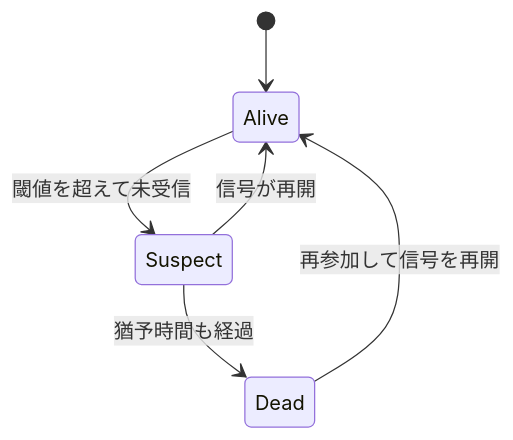
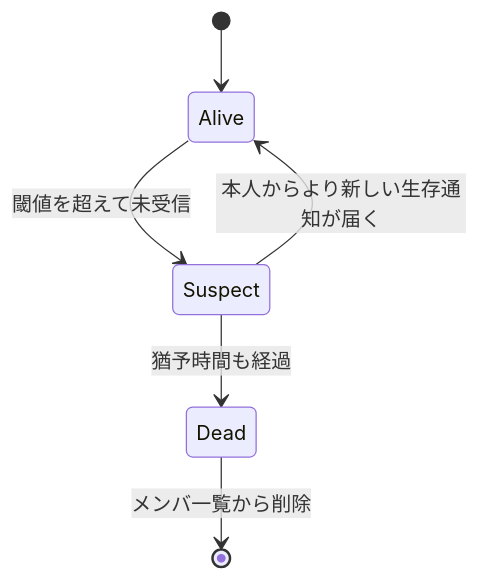
One commit to nao1215/debimate changed the third of 3 diagrams in content/notes/distributed-systems/heartbeat/index.md. Above: the diagram before and after it, drawn with Mermaid. The commit also changed other lines of this file, not shown here.

````diff
--- a/content/notes/distributed-systems/heartbeat/index.md
+++ b/content/notes/distributed-systems/heartbeat/index.md
@@ -79,8 +90,8 @@
 ```mermaid
 stateDiagram-v2
     [*] --> Alive
     Alive --> Suspect: 閾値を超えて未受信
-    Suspect --> Alive: 信号が再開
+    Suspect --> Alive: 本人からより新しい生存通知が届く
     Suspect --> Dead: 猶予時間も経過
-    Dead --> Alive: 再参加して信号を再開
+    Dead --> [*]: メンバ一覧から削除
 ```
````
